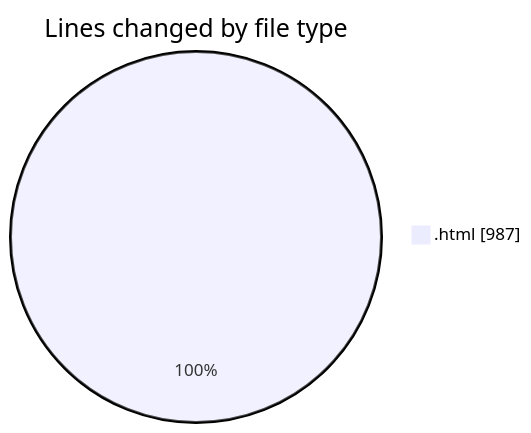
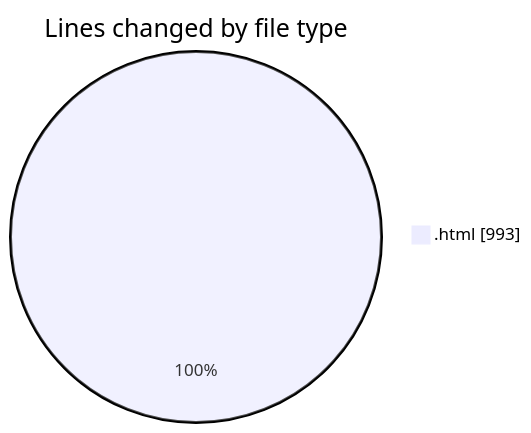
One commit to vahidmafi/code-tracking changed the first of 2 diagrams in 2025-12-10/www/README.md. Above: the diagram before and after it, drawn with Mermaid. The commit also changed other lines of this file and 1 other file, not shown here.

````diff
--- a/2025-12-10/www/README.md
+++ b/2025-12-10/www/README.md
@@ -20,5 +20,5 @@
 ```mermaid
 pie showData
 title Lines changed by file type
-".html" : 987
+".html" : 993
 ```
````
